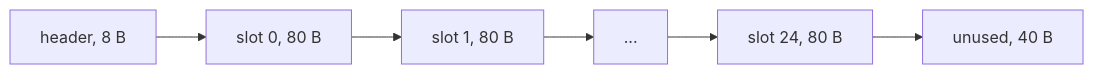
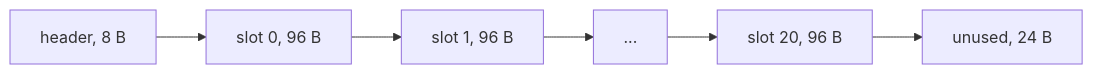
The seventh of 14 diagrams in firmware/stage0-node/App/node_store.lit.md (clintecker/weather-station-2026), drawn with Mermaid before and after one commit. The commit also changed other lines of this file and 303 other files, not shown here.

````diff
--- a/firmware/stage0-node/App/node_store.lit.md
+++ b/firmware/stage0-node/App/node_store.lit.md
@@ -642,4 +642,4 @@
 ```mermaid
 flowchart LR
-    H["header, 8 B"] --> S0["slot 0, 80 B"] --> S1["slot 1, 80 B"] --> D["..."] --> S24["slot 24, 80 B"] --> U["unused, 40 B"]
+    H["header, 8 B"] --> S0["slot 0, 96 B"] --> S1["slot 1, 96 B"] --> D["..."] --> S20["slot 20, 96 B"] --> U["unused, 24 B"]
 ```
````
